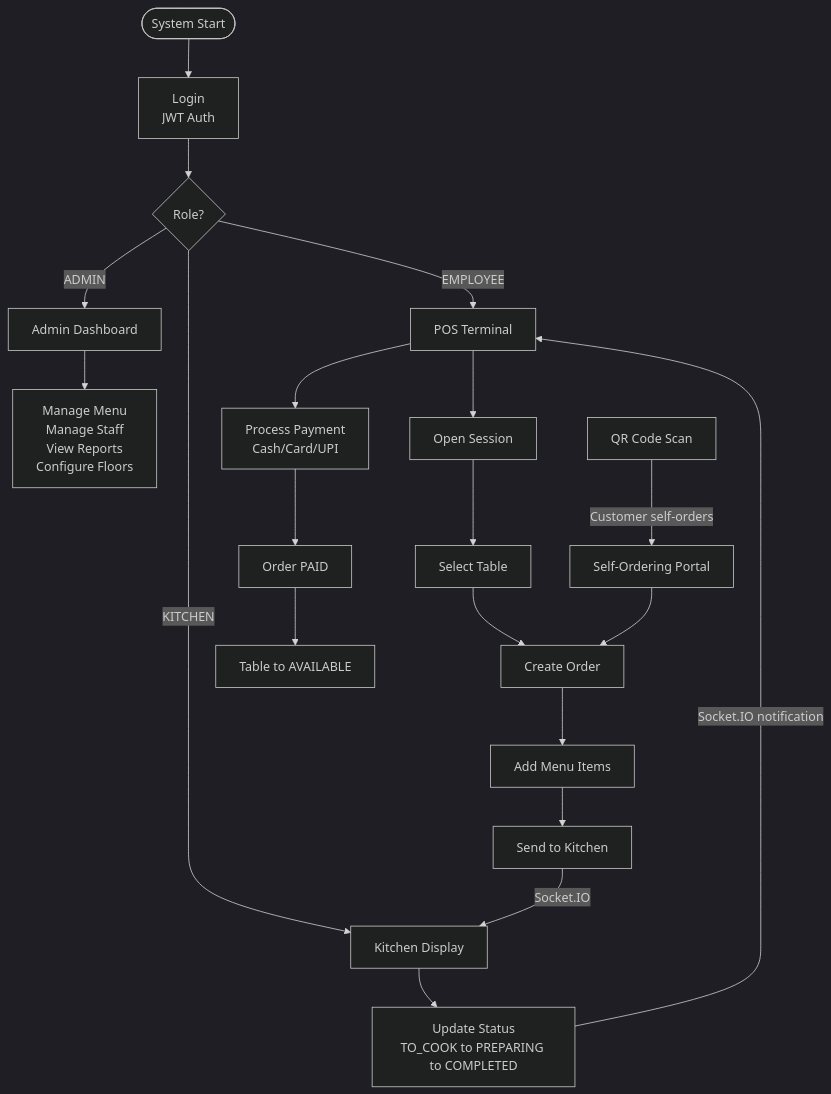
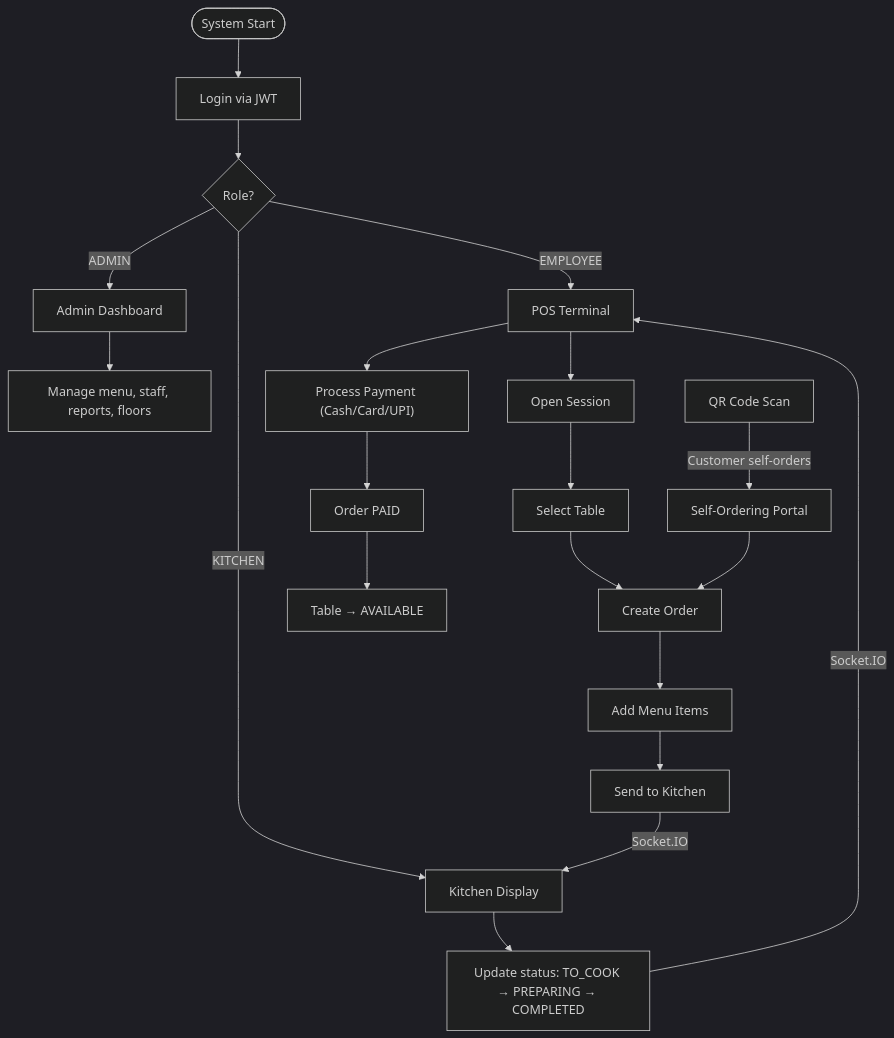
One commit to Team-Detroit/Odoo-Hack changed the second of 5 diagrams in docs/project-overview.md. Above: the diagram before and after it, drawn with Mermaid (dark theme). The commit also changed other lines of this file and 5 other files, not shown here.

````diff
--- a/docs/project-overview.md
+++ b/docs/project-overview.md
@@ -72,28 +74,28 @@
 ```mermaid
 flowchart TD
-    Start([System Start]) --> Login["Login<br/>JWT Auth"]
+    Start([System Start]) --> Login["Login via JWT"]
     Login --> RoleCheck{Role?}
 
     RoleCheck -->|ADMIN| AdminDash["Admin Dashboard"]
     RoleCheck -->|EMPLOYEE| POS["POS Terminal"]
     RoleCheck -->|KITCHEN| KDS["Kitchen Display"]
 
-    AdminDash --> AdminOps["Manage Menu<br/>Manage Staff<br/>View Reports<br/>Configure Floors"]
+    AdminDash --> AdminOps["Manage menu, staff, reports, floors"]
 
     POS --> OpenSession["Open Session"]
     OpenSession --> TableSelect["Select Table"]
     TableSelect --> OrderCreate["Create Order"]
     OrderCreate --> AddItems["Add Menu Items"]
     AddItems --> SendKitchen["Send to Kitchen"]
 
     SendKitchen -->|Socket.IO| KDS
-    KDS --> KitchenUpdate["Update Status<br/>TO_COOK to PREPARING to COMPLETED"]
+    KDS --> KitchenUpdate["Update status: TO_COOK → PREPARING → COMPLETED"]
 
-    KitchenUpdate -->|Socket.IO notification| POS
-    POS --> Payment["Process Payment<br/>Cash/Card/UPI"]
+    KitchenUpdate -->|Socket.IO| POS
+    POS --> Payment["Process Payment (Cash/Card/UPI)"]
     Payment --> CloseOrder["Order PAID"]
-    CloseOrder --> TableFree["Table to AVAILABLE"]
+    CloseOrder --> TableFree["Table → AVAILABLE"]
 
     QR["QR Code Scan"] -->|Customer self-orders| SelfOrder["Self-Ordering Portal"]
     SelfOrder --> OrderCreate
 ```
````
